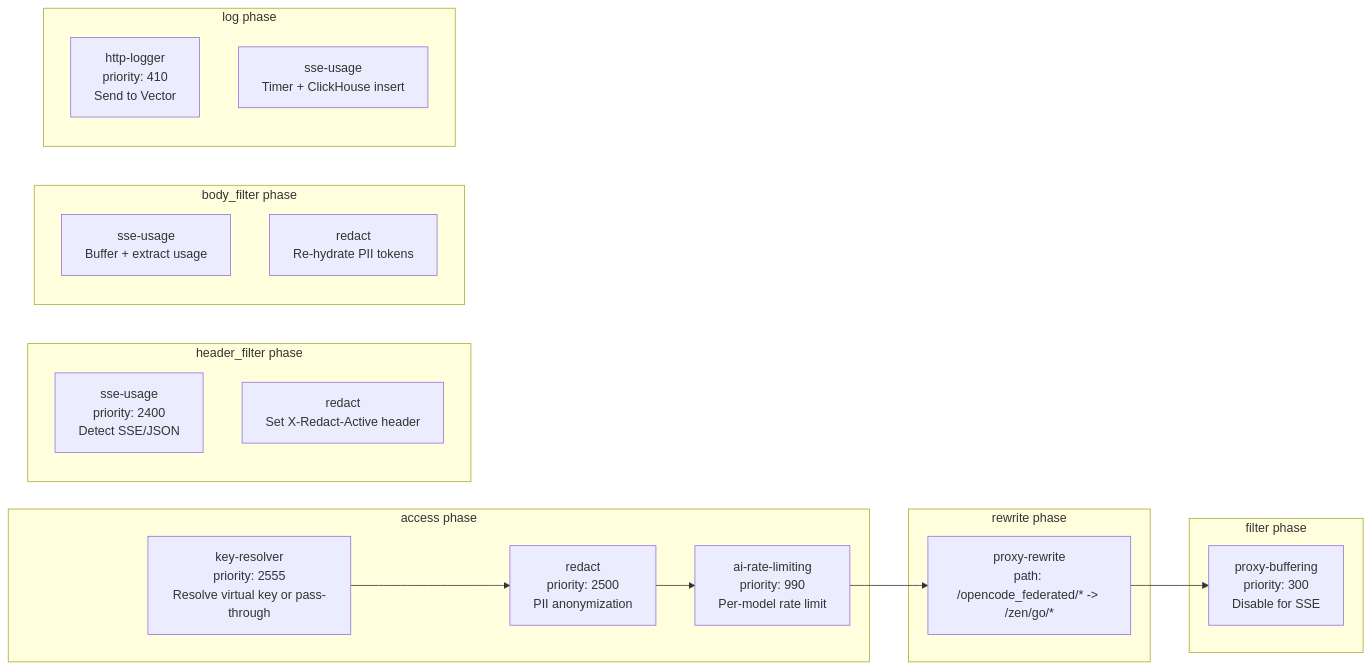
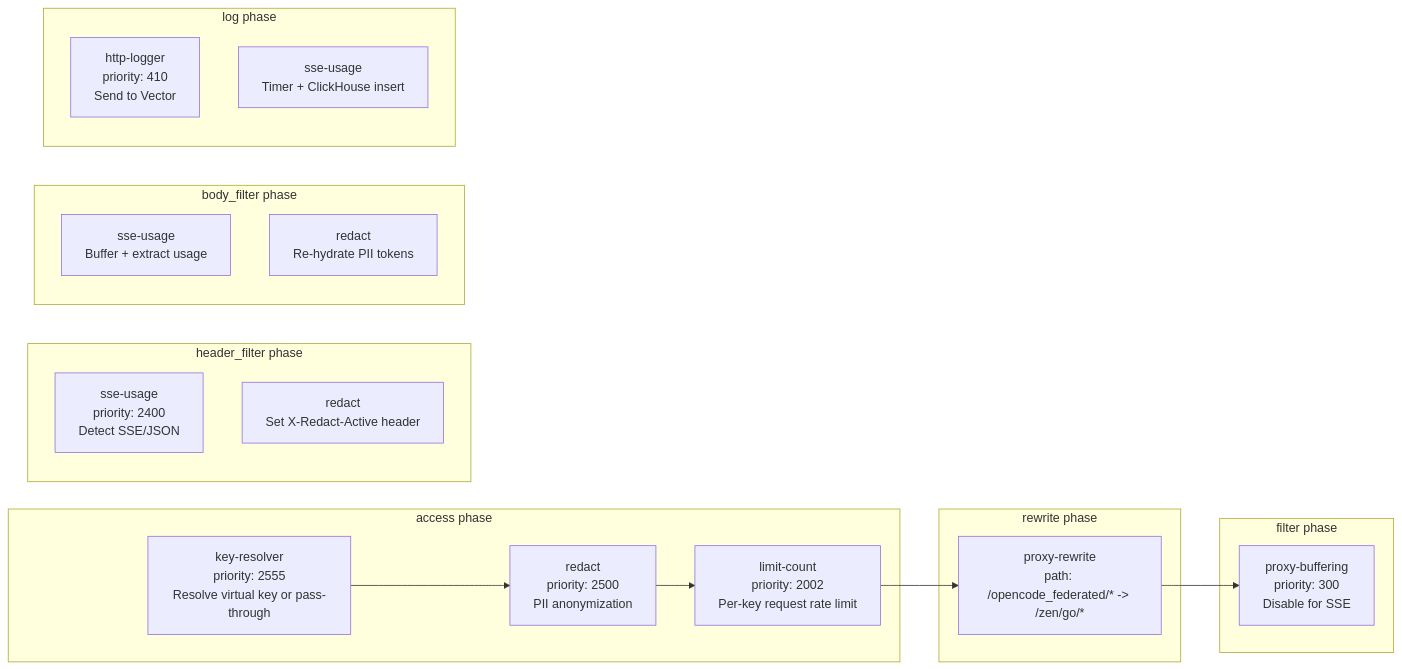
One commit to Independent-AI-Labs/WORKSPACE-GATEWAY changed the third of 16 diagrams in docs/ARCHITECTURE.md. Above: the diagram before and after it, drawn with Mermaid. The commit also changed other lines of this file and 15 other files, not shown here.

First line of the commit message:
docs: finalize per-key rate limiting docs and config

````diff
--- a/docs/ARCHITECTURE.md
+++ b/docs/ARCHITECTURE.md
@@ -182,33 +182,33 @@
 ```mermaid
 graph LR
     subgraph "access phase"
         KR["key-resolver<br/>priority: 2555<br/>Resolve virtual key or pass-through"]
         RD["redact<br/>priority: 2500<br/>PII anonymization"]
-        RL["ai-rate-limiting<br/>priority: 990<br/>Per-model rate limit"]
+        RL["limit-count<br/>priority: 2002<br/>Per-key request rate limit"]
     end
 
     subgraph "header_filter phase"
         SU1["sse-usage<br/>priority: 2400<br/>Detect SSE/JSON"]
         RD1["redact<br/>Set X-Redact-Active header"]
     end
 
     subgraph "body_filter phase"
         SU2["sse-usage<br/>Buffer + extract usage"]
         RD2["redact<br/>Re-hydrate PII tokens"]
     end
 
     subgraph "log phase"
         HL["http-logger<br/>priority: 410<br/>Send to Vector"]
         SU3["sse-usage<br/>Timer + ClickHouse insert"]
     end
 
     subgraph "filter phase"
         PB["proxy-buffering<br/>priority: 300<br/>Disable for SSE"]
     end
 
     subgraph "rewrite phase"
         PRW["proxy-rewrite<br/>path: /opencode_federated/* -> /zen/go/*"]
     end
 
     KR --> RD --> RL --> PRW --> PB
 ```
````
